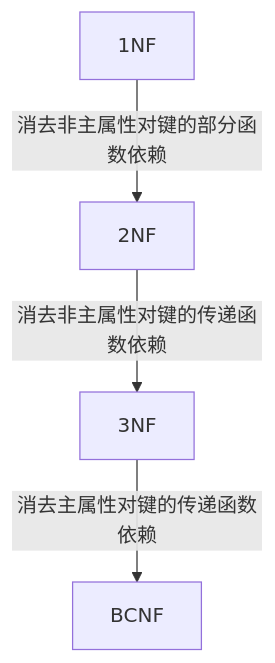
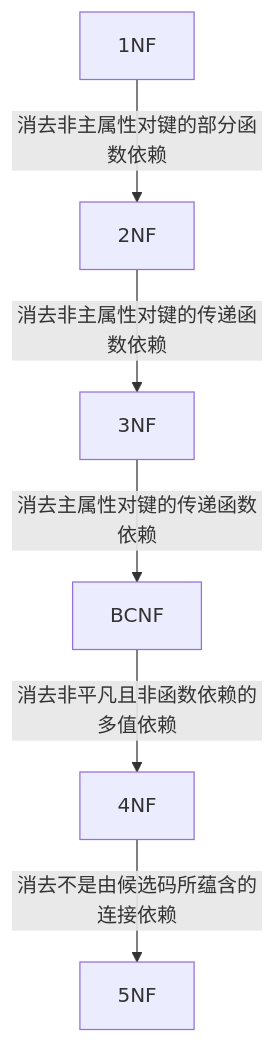
Before and after one commit to BreezeShane/BreezeShane.github.io: the diagram in docs/Database/NormalForm.md, drawn with Mermaid. The commit also changed other lines of this file, not shown here.

````diff
--- a/docs/Database/NormalForm.md
+++ b/docs/Database/NormalForm.md
@@ -200,11 +272,15 @@
 ```mermaid
 flowchart TB
 A["1NF"]
 B["2NF"]
 C["3NF"]
 D["BCNF"]
+E["4NF"]
+F["5NF"]
 
 A-- 消去非主属性对键的部分函数依赖 -->B
 B-- 消去非主属性对键的传递函数依赖 -->C
 C-- 消去主属性对键的传递函数依赖 -->D
+D-- 消去非平凡且非函数依赖的多值依赖 --> E
+E-- 消去不是由候选码所蕴含的连接依赖 --> F
 ```
````
